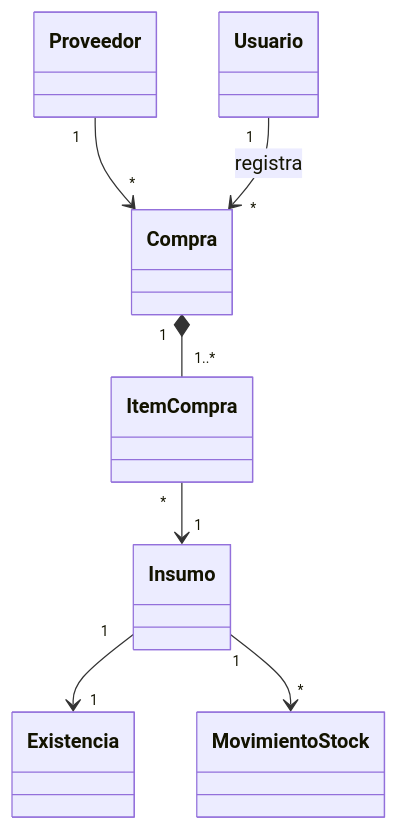
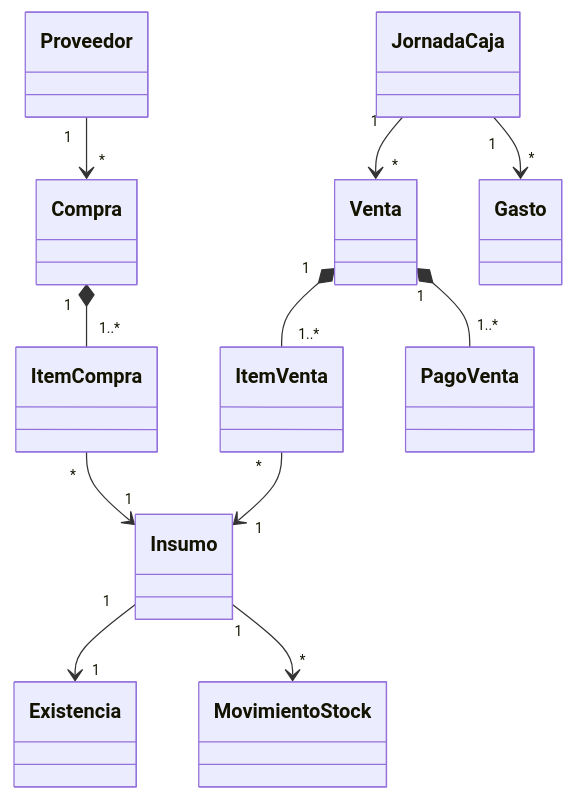
One commit to Jorge10192/TP-Programacion2-UNSAM-2C2026 changed the second of 3 diagrams in Proyecto-3-AppAdmin-Mascotas/Ingenieria de Software/Documentacion.md. Above: the diagram before and after it, drawn with Mermaid. The commit also changed other lines of this file and 86 other files, not shown here.

````diff
--- a/Proyecto-3-AppAdmin-Mascotas/Ingenieria de Software/Documentacion.md
+++ b/Proyecto-3-AppAdmin-Mascotas/Ingenieria de Software/Documentacion.md
@@ -41,9 +39,13 @@
 ```mermaid
 classDiagram
     Proveedor "1" --> "*" Compra
-    Usuario "1" --> "*" Compra : registra
     Compra "1" *-- "1..*" ItemCompra
     ItemCompra "*" --> "1" Insumo
     Insumo "1" --> "1" Existencia
     Insumo "1" --> "*" MovimientoStock
+    JornadaCaja "1" --> "*" Venta
+    Venta "1" *-- "1..*" ItemVenta
+    ItemVenta "*" --> "1" Insumo
+    Venta "1" *-- "1..*" PagoVenta
+    JornadaCaja "1" --> "*" Gasto
 ```
````
